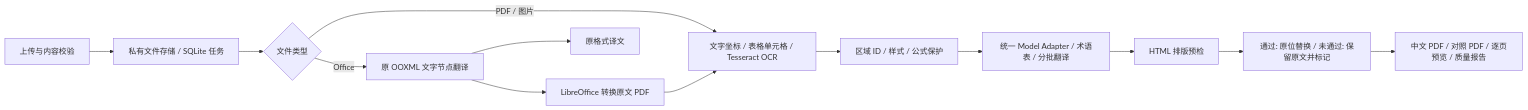
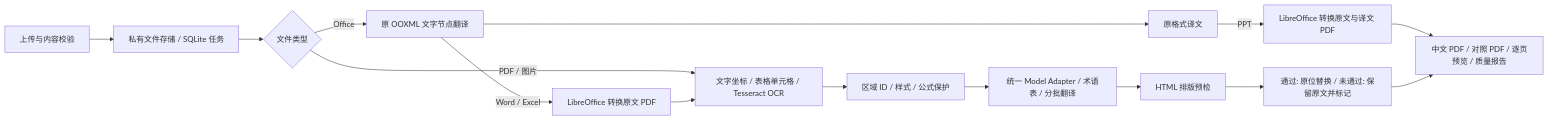
The diagram in README.md (Littlebear-Han-nah/TranslatorHelper), drawn with Mermaid before and after one commit. The commit also changed other lines of this file and 4 other files, not shown here.

````diff
--- a/README.md
+++ b/README.md
@@ -27,15 +27,17 @@
 ```mermaid
 flowchart LR
     A[上传与内容校验] --> B[私有文件存储 / SQLite 任务]
     B --> C{文件类型}
     C -->|PDF / 图片| D[文字坐标 / 表格单元格 / Tesseract OCR]
     C -->|Office| E[原 OOXML 文字节点翻译]
     E --> F[原格式译文]
-    E --> G[LibreOffice 转换原文 PDF]
-    G --> D
-    D --> H[区域 ID / 样式 / 公式保护]
-    H --> I[统一 Model Adapter / 术语表 / 分批翻译]
-    I --> J[HTML 排版预检]
-    J --> K[通过: 原位替换 / 未通过: 保留原文并标记]
-    K --> L[中文 PDF / 对照 PDF / 逐页预览 / 质量报告]
+    F -->|PPT| G[LibreOffice 转换原文与译文 PDF]
+    E -->|Word / Excel| H[LibreOffice 转换原文 PDF]
+    H --> D
+    D --> I[区域 ID / 样式 / 公式保护]
+    I --> J[统一 Model Adapter / 术语表 / 分批翻译]
+    J --> K[HTML 排版预检]
+    K --> L[通过: 原位替换 / 未通过: 保留原文并标记]
+    G --> M[中文 PDF / 对照 PDF / 逐页预览 / 质量报告]
+    L --> M
 ```
````
